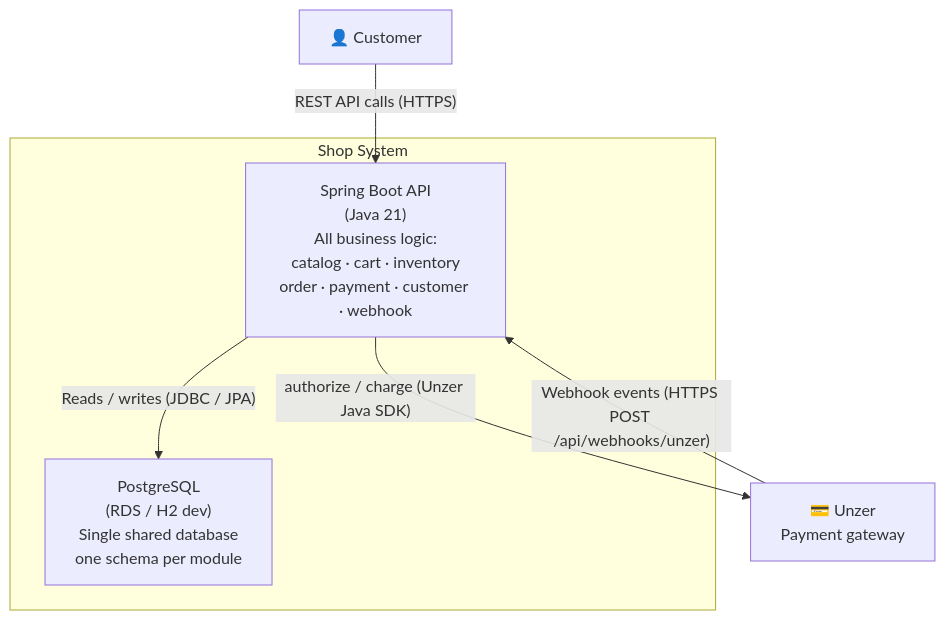
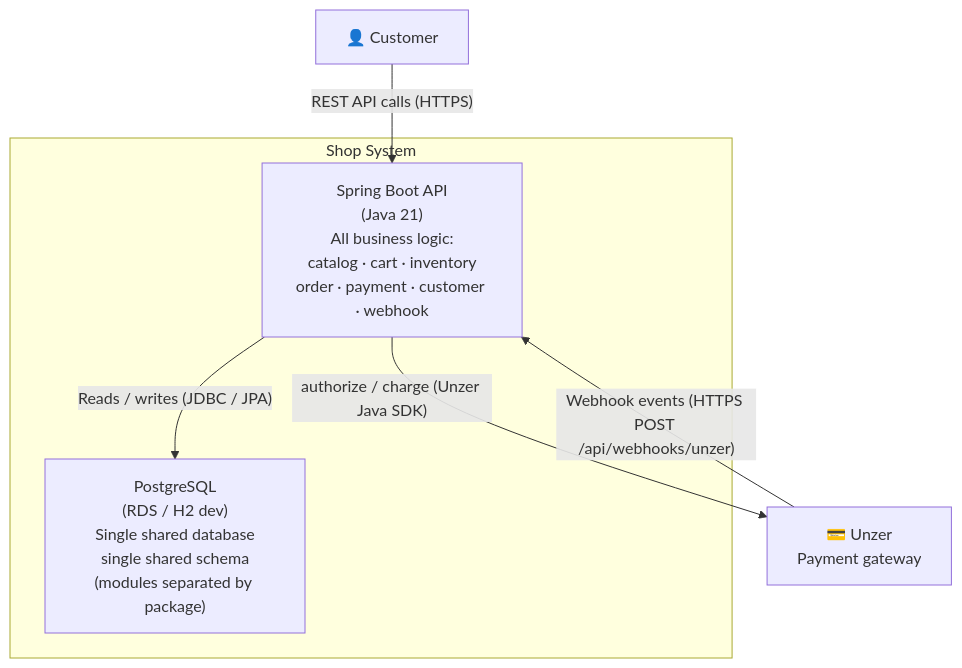
Before and after one commit to HARrrrisoon39/Unzer-Task-Code: the third of 7 diagrams in architecture.md, drawn with Mermaid. The commit also changed other lines of this file, not shown here.

````diff
--- a/architecture.md
+++ b/architecture.md
@@ -48,16 +48,16 @@
 ```mermaid
 graph TB
     Customer["👤 Customer"]
 
     subgraph shop["Shop System"]
         API["Spring Boot API\n(Java 21)\nAll business logic:\ncatalog · cart · inventory\norder · payment · customer · webhook"]
-        DB["PostgreSQL\n(RDS / H2 dev)\nSingle shared database\none schema per module"]
+        DB["PostgreSQL\n(RDS / H2 dev)\nSingle shared database\nsingle shared schema\n(modules separated by package)"]
     end
 
     Unzer["💳 Unzer\nPayment gateway"]
 
     Customer -->|"REST API calls (HTTPS)"| API
     API -->|"Reads / writes (JDBC / JPA)"| DB
     API -->|"authorize / charge (Unzer Java SDK)"| Unzer
     Unzer -->|"Webhook events (HTTPS POST /api/webhooks/unzer)"| API
 ```
````
